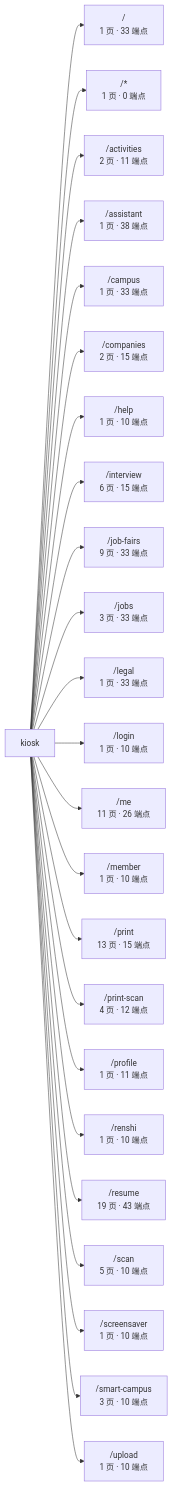
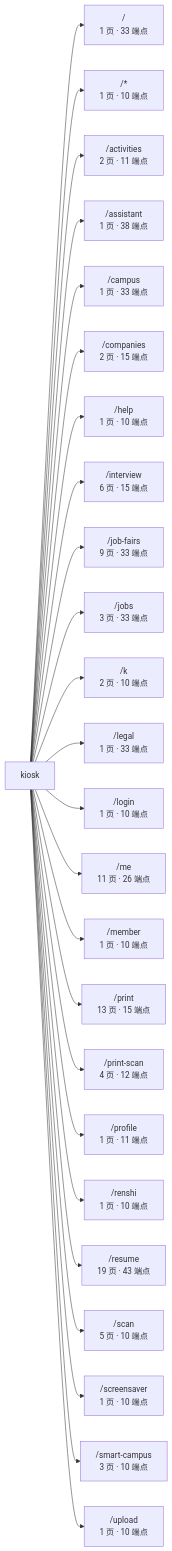
One commit to wanglei581/YITIJI changed the first of 3 diagrams in docs/graph/routes.md. Above: the diagram before and after it, drawn with Mermaid. The commit also changed other lines of this file and 5 other files, not shown here.

First line of the commit message:
docs(progress): 触屏版集成一节（十个页面包与第一包最新头并成一条线），图谱重出 --check 通过

````diff
--- a/docs/graph/routes.md
+++ b/docs/graph/routes.md
@@ -17,27 +17,28 @@
 ```mermaid
 flowchart LR
   app["kiosk"]
   app --> _root_["/<br/>1 页 · 33 端点"]
-  app --> _["/*<br/>1 页 · 0 端点"]
+  app --> _["/*<br/>1 页 · 10 端点"]
   app --> activities["/activities<br/>2 页 · 11 端点"]
   app --> assistant["/assistant<br/>1 页 · 38 端点"]
   app --> campus["/campus<br/>1 页 · 33 端点"]
   app --> companies["/companies<br/>2 页 · 15 端点"]
   app --> help["/help<br/>1 页 · 10 端点"]
   app --> interview["/interview<br/>6 页 · 15 端点"]
   app --> job_fairs["/job-fairs<br/>9 页 · 33 端点"]
   app --> jobs["/jobs<br/>3 页 · 33 端点"]
+  app --> k["/k<br/>2 页 · 10 端点"]
   app --> legal["/legal<br/>1 页 · 33 端点"]
   app --> login["/login<br/>1 页 · 10 端点"]
   app --> me["/me<br/>11 页 · 26 端点"]
   app --> member["/member<br/>1 页 · 10 端点"]
   app --> print["/print<br/>13 页 · 15 端点"]
   app --> print_scan["/print-scan<br/>4 页 · 12 端点"]
   app --> profile["/profile<br/>1 页 · 11 端点"]
   app --> renshi["/renshi<br/>1 页 · 10 端点"]
   app --> resume["/resume<br/>19 页 · 43 端点"]
   app --> scan["/scan<br/>5 页 · 10 端点"]
   app --> screensaver["/screensaver<br/>1 页 · 10 端点"]
   app --> smart_campus["/smart-campus<br/>3 页 · 10 端点"]
   app --> upload["/upload<br/>1 页 · 10 端点"]
 ```
````
